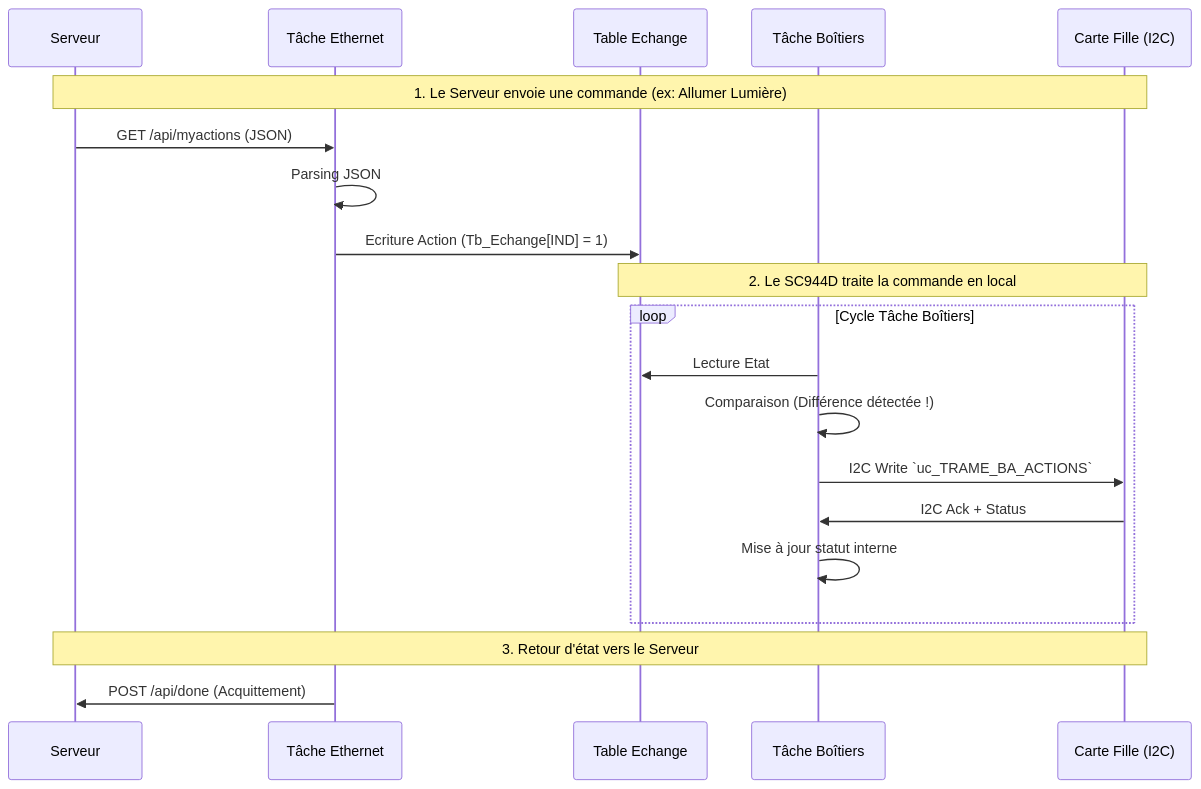
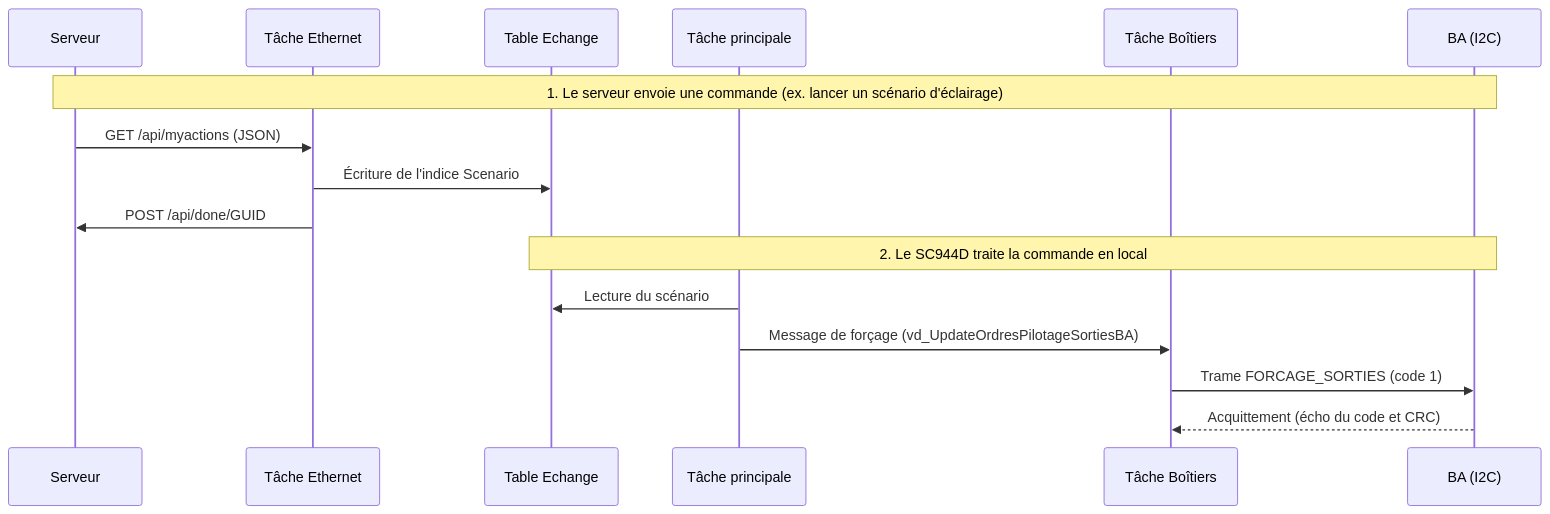
One commit to essensys-hub/essensys-board-SC944D changed the second of 2 diagrams in docs/firmware.md. Above: the diagram before and after it, drawn with Mermaid. The commit also changed other lines of this file and 36 other files, not shown here.

````diff
--- a/docs/firmware.md
+++ b/docs/firmware.md
@@ -79,25 +84,20 @@
 ```mermaid
 sequenceDiagram
     participant Server as Serveur
     participant ETH as Tâche Ethernet
     participant Mem as Table Echange
+    participant Main as Tâche principale
     participant BA as Tâche Boîtiers
-    participant Slave as Carte Fille (I2C)
+    participant Slave as BA (I2C)
 
-    Note over Server, Slave: 1. Le Serveur envoie une commande (ex: Allumer Lumière)
+    Note over Server, Slave: 1. Le serveur envoie une commande (ex. lancer un scénario d'éclairage)
     Server->>ETH: GET /api/myactions (JSON)
-    ETH->>ETH: Parsing JSON
-    ETH->>Mem: Ecriture Action (Tb_Echange[IND] = 1)
-    
+    ETH->>Mem: Écriture de l'indice Scenario
+    ETH->>Server: POST /api/done/GUID
+
     Note over Mem, Slave: 2. Le SC944D traite la commande en local
-    loop Cycle Tâche Boîtiers
-        BA->>Mem: Lecture Etat
-        BA->>BA: Comparaison (Différence détectée !)
-        BA->>Slave: I2C Write `uc_TRAME_BA_ACTIONS`
-        Slave->>BA: I2C Ack + Status
-        BA->>BA: Mise à jour statut interne
-    end
-    
-    Note over Server, Slave: 3. Retour d'état vers le Serveur
-    ETH->>Server: POST /api/done (Acquittement)
+    Main->>Mem: Lecture du scénario
+    Main->>BA: Message de forçage (vd_UpdateOrdresPilotageSortiesBA)
+    BA->>Slave: Trame FORCAGE_SORTIES (code 1)
+    Slave-->>BA: Acquittement (écho du code et CRC)
 ```
````
